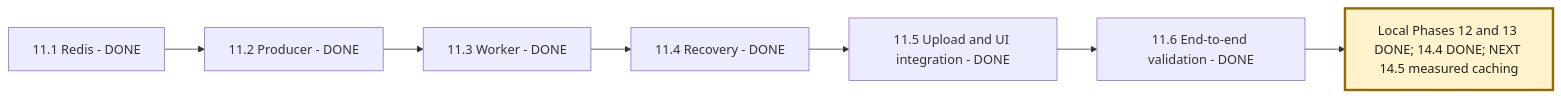
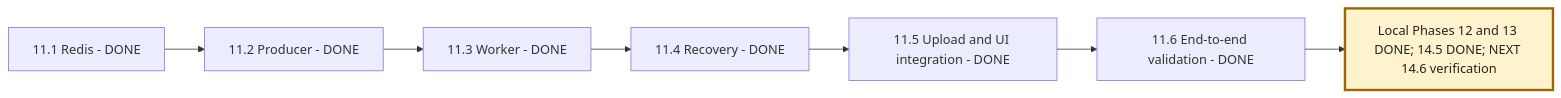
One commit to msdian0007/nexaAi changed the third of 6 diagrams in NEXAAI_ROADMAP.md. Above: the diagram before and after it, drawn with Mermaid. The commit also changed other lines of this file and 9 other files, not shown here.

````diff
--- a/NEXAAI_ROADMAP.md
+++ b/NEXAAI_ROADMAP.md
@@ -267,10 +270,10 @@
 ```mermaid
 flowchart LR
     A[11.1 Redis - DONE] --> B[11.2 Producer - DONE]
     B --> C[11.3 Worker - DONE]
     C --> D[11.4 Recovery - DONE]
     D --> E[11.5 Upload and UI integration - DONE]
     E --> F[11.6 End-to-end validation - DONE]
-    F --> G[Local Phases 12 and 13 DONE; 14.4 DONE; NEXT 14.5 measured caching]
+    F --> G[Local Phases 12 and 13 DONE; 14.5 DONE; NEXT 14.6 verification]
     style G fill:#fff3cd,stroke:#9a6700,stroke-width:3px,color:#222
 ```
````
